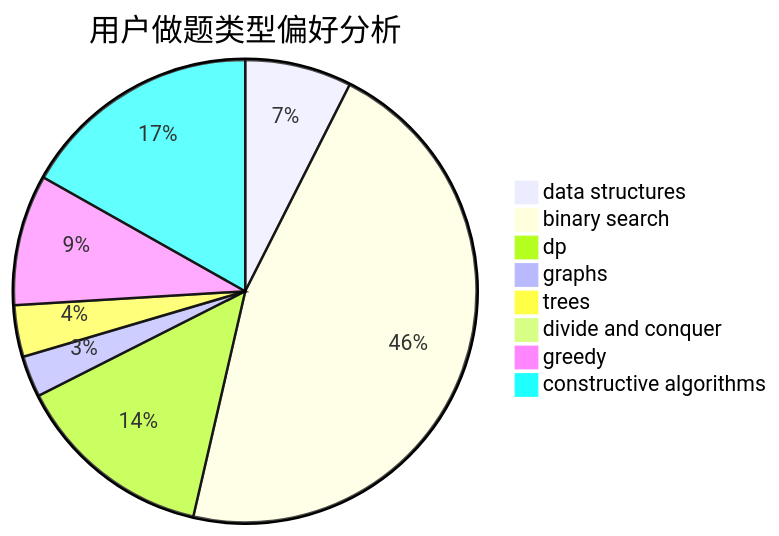
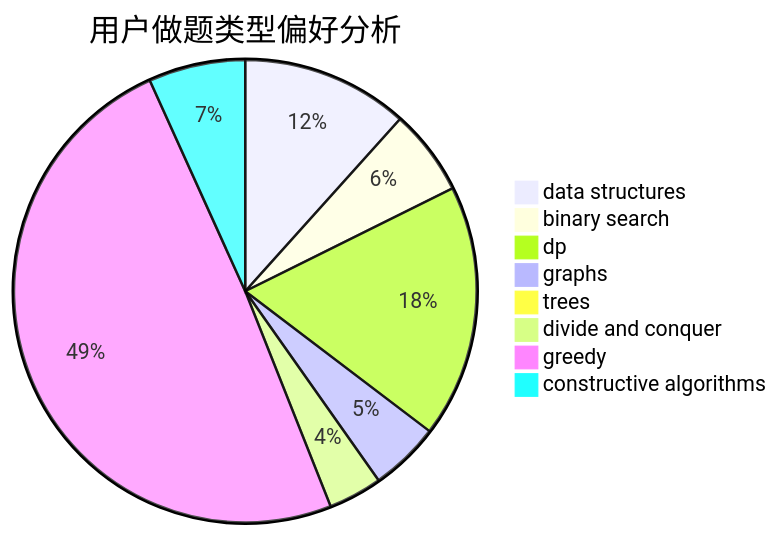
Before and after one commit to sherpahu/cfrs.github.io: the second of 3 diagrams in docs/user/u2744.md, drawn with Mermaid. The commit also changed other lines of this file and 2770 other files, not shown here.

````diff
--- a/docs/user/u2744.md
+++ b/docs/user/u2744.md
@@ -23,11 +23,11 @@
 ```mermaid
 pie title 用户做题类型偏好分析
     "data structures" :  31
-    "binary search" :  192
-    "dp" :  58
-    "graphs" :  12
-    "trees" :  15
-    "divide and conquer" :  0
-    "greedy" :  38
-    "constructive algorithms" :  70
+    "binary search" :  16
+    "dp" :  47
+    "graphs" :  13
+    "trees" :  0
+    "divide and conquer" :  10
+    "greedy" :  131
+    "constructive algorithms" :  18
 ```
````
